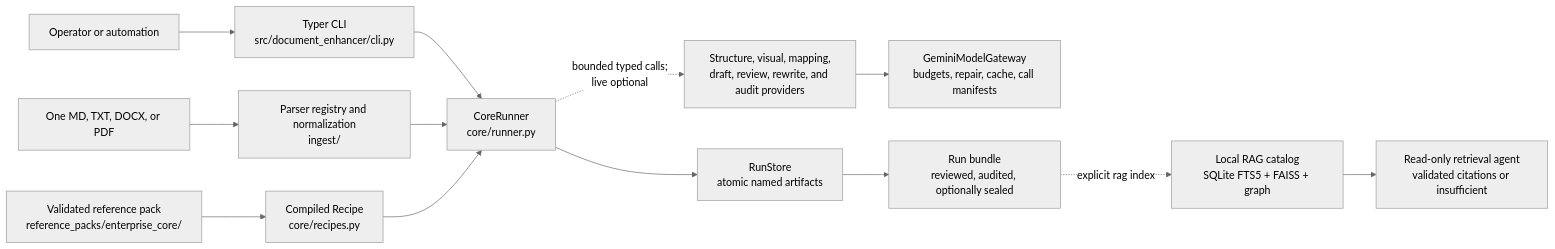
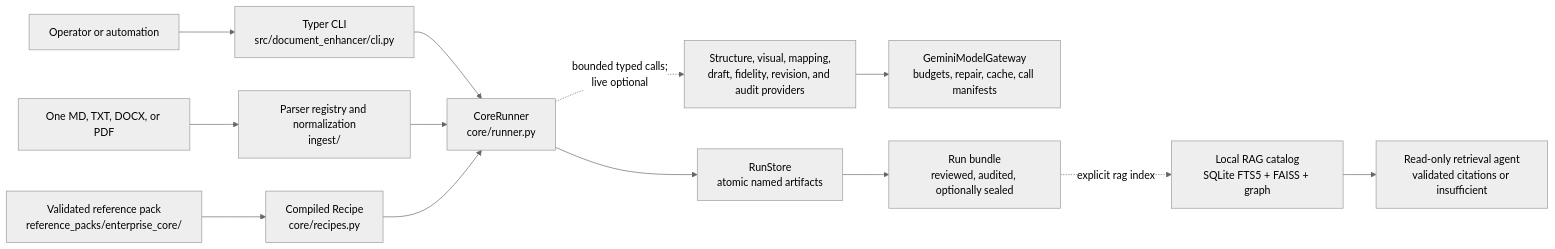
One commit to gustavorubim/document-enhancer-pwt changed the first of 5 diagrams in README.md. Above: the diagram before and after it, drawn with Mermaid (neutral theme). The commit also changed other lines of this file and 23 other files, not shown here.

````diff
--- a/README.md
+++ b/README.md
@@ -46,15 +54,15 @@
 ```mermaid
 flowchart LR
     operator["Operator or automation"] --> cli["Typer CLI<br/>src/document_enhancer/cli.py"]
     source["One MD, TXT, DOCX, or PDF"] --> ingest["Parser registry and normalization<br/>ingest/"]
     pack["Validated reference pack<br/>reference_packs/enterprise_core/"] --> recipe["Compiled Recipe<br/>core/recipes.py"]
     cli --> runner["CoreRunner<br/>core/runner.py"]
     ingest --> runner
     recipe --> runner
     runner --> store["RunStore<br/>atomic named artifacts"]
-    runner -. "bounded typed calls;<br/>live optional" .-> providers["Structure, visual, mapping,<br/>draft, review, rewrite, and audit providers"]
+    runner -. "bounded typed calls;<br/>live optional" .-> providers["Structure, visual, mapping,<br/>draft, fidelity, revision, and audit providers"]
     providers --> gateway["GeminiModelGateway<br/>budgets, repair, cache, call manifests"]
     store --> bundle["Run bundle<br/>reviewed, audited, optionally sealed"]
     bundle -. "explicit rag index" .-> catalog["Local RAG catalog<br/>SQLite FTS5 + FAISS + graph"]
     catalog --> rag["Read-only retrieval agent<br/>validated citations or insufficient"]
 ```
````
